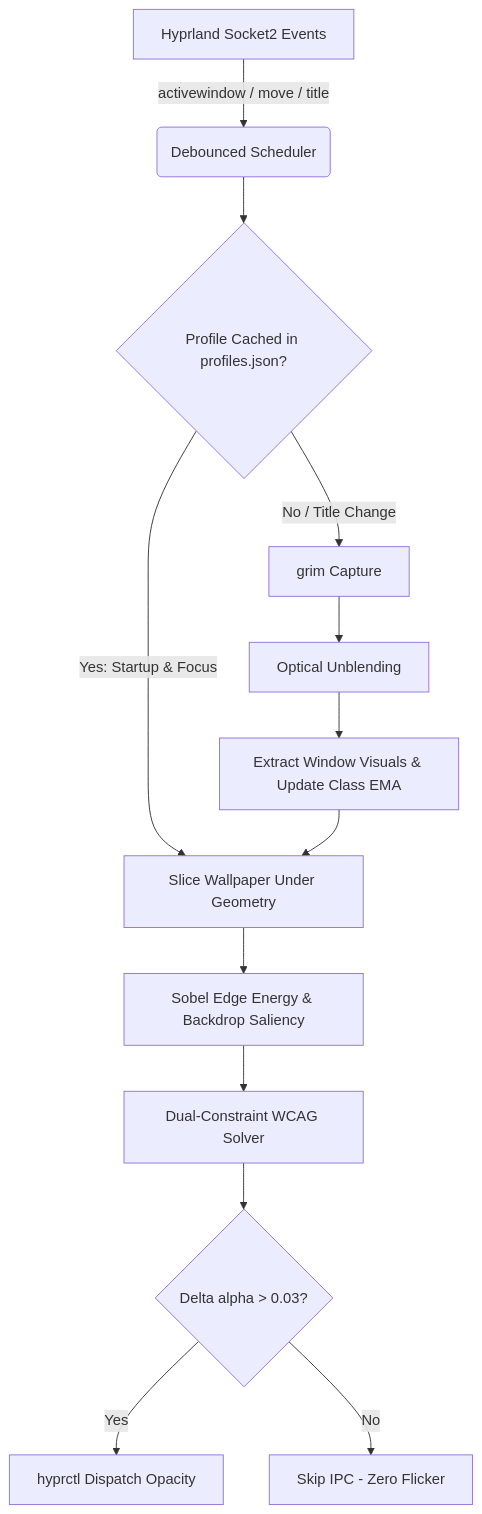
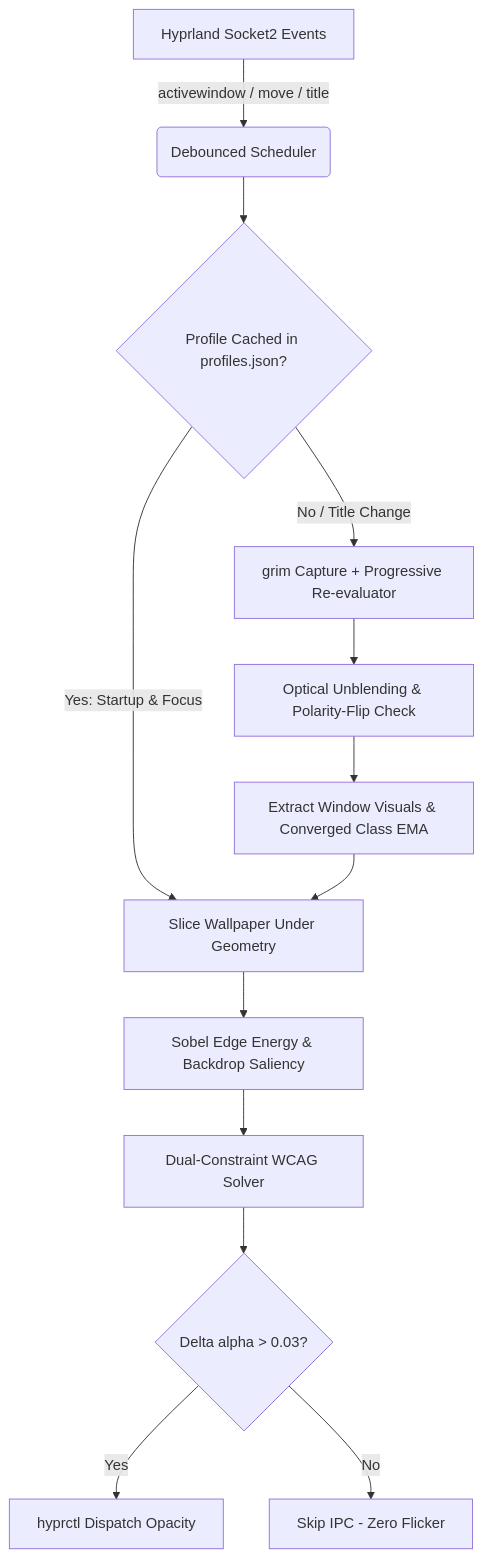
Before and after one commit to ctlinker/hyprsmart: the diagram in README.md, drawn with Mermaid. The commit also changed other lines of this file and 20 other files, not shown here.

````diff
--- a/README.md
+++ b/README.md
@@ -42,15 +43,15 @@
 ```mermaid
 graph TD
     A[Hyprland Socket2 Events] -->|activewindow / move / title| B(Debounced Scheduler)
     B --> C{Profile Cached in profiles.json?}
     C -->|Yes: Startup & Focus| D[Slice Wallpaper Under Geometry]
-    C -->|No / Title Change| E[grim Capture]
-    E --> F[Optical Unblending]
-    F --> G[Extract Window Visuals & Update Class EMA]
+    C -->|No / Title Change| E[grim Capture + Progressive Re-evaluator]
+    E --> F[Optical Unblending & Polarity-Flip Check]
+    F --> G[Extract Window Visuals & Converged Class EMA]
     G --> D
     D --> H[Sobel Edge Energy & Backdrop Saliency]
     H --> I[Dual-Constraint WCAG Solver]
     I --> J{Delta alpha > 0.03?}
     J -->|Yes| K[hyprctl Dispatch Opacity]
     J -->|No| L[Skip IPC - Zero Flicker]
 ```
````
